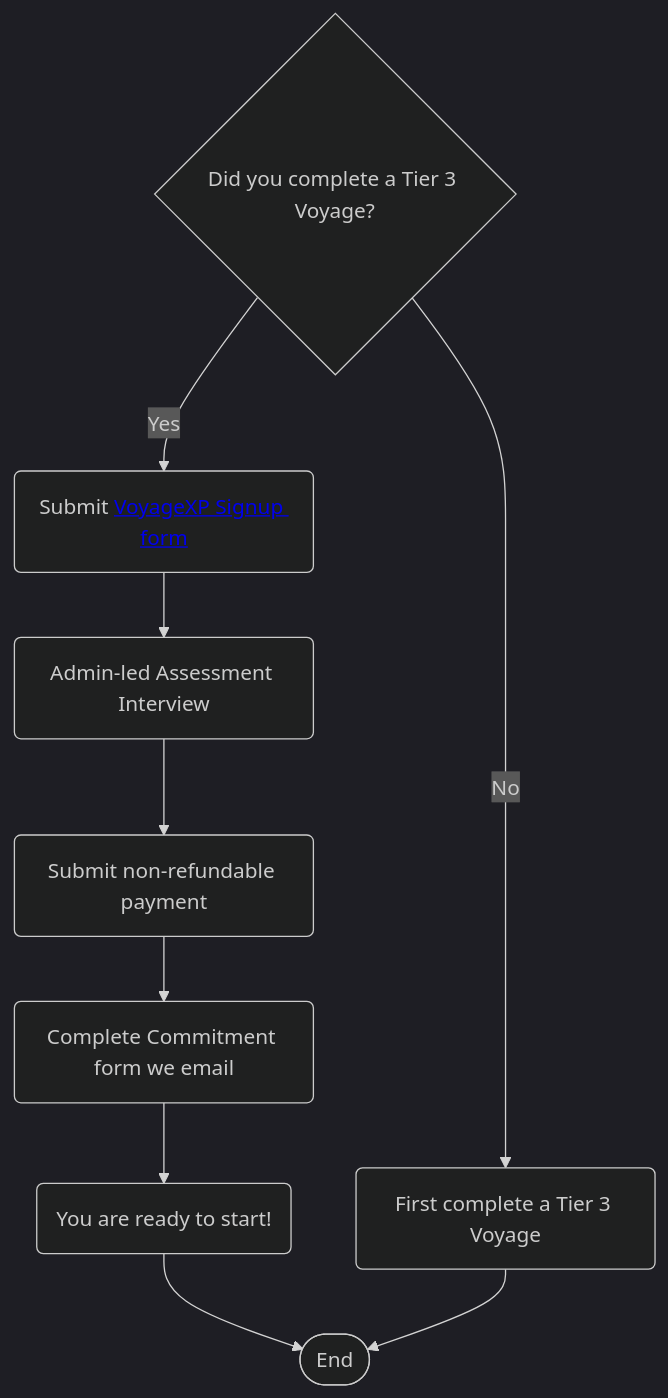
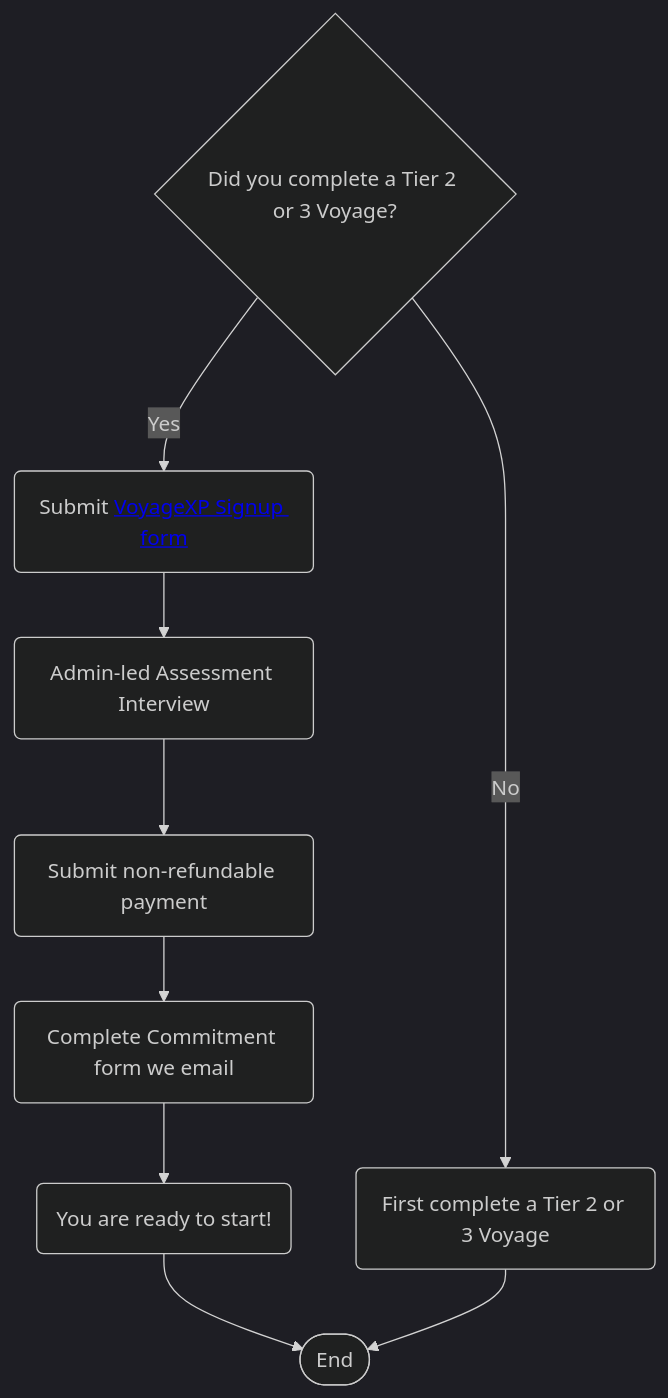
Before and after one commit to chingu-voyages/Handbook: the diagram in docs/guides/voyagexp/voyagexp.md, drawn with Mermaid (dark theme). The commit also changed 1 other file, not shown here.

Commit message:
Fix: Link to VoyageXP Signup

````diff
--- a/docs/guides/voyagexp/voyagexp.md
+++ b/docs/guides/voyagexp/voyagexp.md
@@ -78,13 +78,13 @@
 ```mermaid
 flowchart TB
-  A{Did you complete a Tier 3 Voyage?};
-  A -- Yes --> B(Submit <a href='https://forms.gle/dFaNuYWAjARd99qo8' target='_blank'>VoyageXP Signup form</a>);
-  A -- No --> C(First complete a Tier 3 Voyage);
+  A{Did you complete a Tier 2 or 3 Voyage?};
+  A -- Yes --> B(Submit <a href='https://forms.gle/19ZDuRVXEfX1JQvv9' target='_blank'>VoyageXP Signup form</a>);
+  A -- No --> C(First complete a Tier 2 or 3 Voyage);
   B --> D(Admin-led Assessment Interview);
   D --> E(Submit non-refundable payment);
   E --> F(Complete Commitment form we email);
   F --> G(You are ready to start!);
    
   G --> Z([End]);
   C --> Z([End]);
 ```
````
